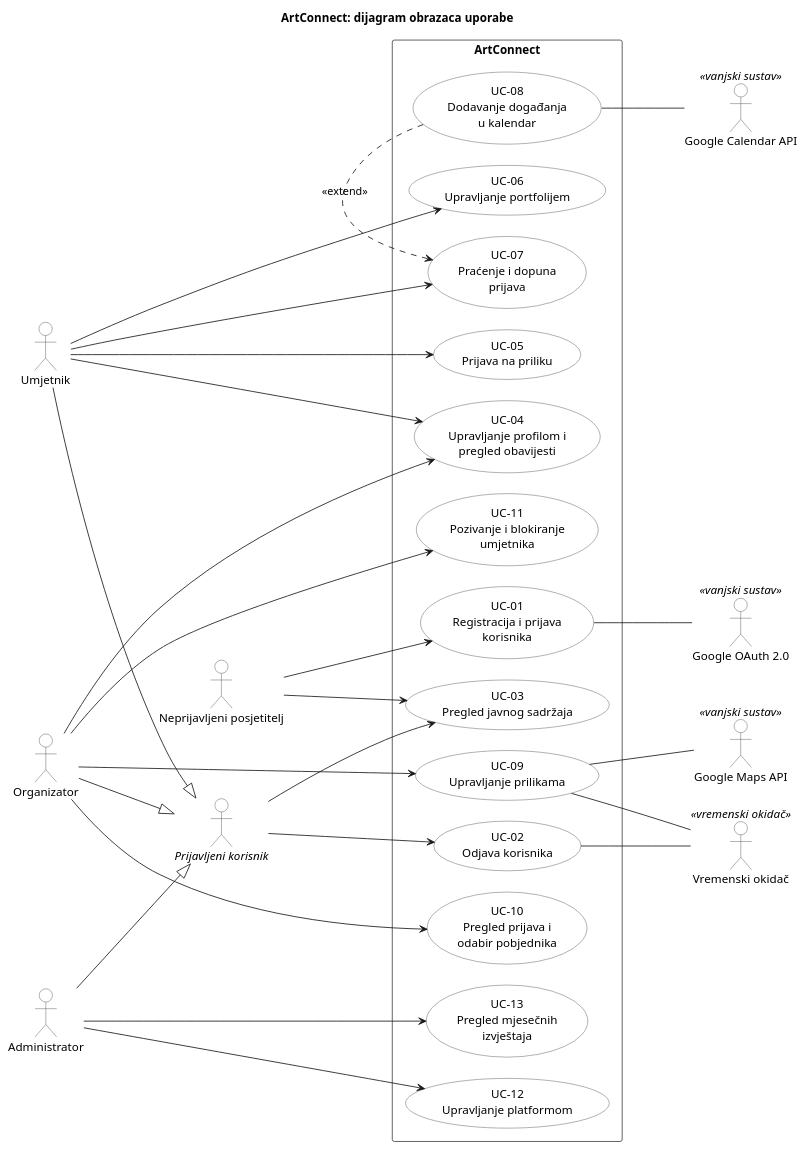
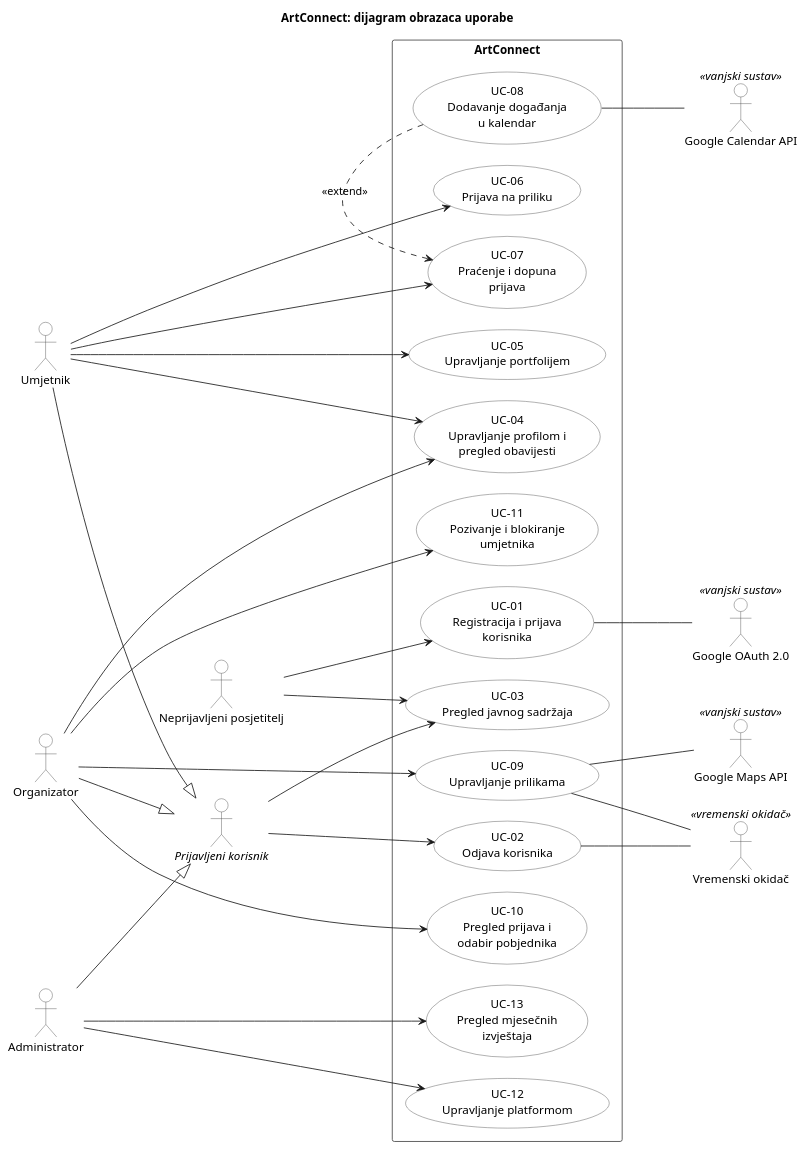
One commit to matkocrnoja/ArtConnect changed the diagram in docs/puml/3-1-artconnect-UC.puml. Above: the diagram before and after it, drawn with PlantUML. The commit also changed 2 other files, not shown here.

```diff
--- a/docs/puml/3-1-artconnect-UC.puml
+++ b/docs/puml/3-1-artconnect-UC.puml
@@ -1,87 +1,87 @@
 @startuml 3-1-artconnect-UC
 left to right direction
 skinparam shadowing false
 skinparam ranksep 90
 skinparam nodesep 25
 skinparam usecase {
   BackgroundColor #FFFFFF
   BorderColor #444444
 }
 skinparam actor {
   BackgroundColor #FFFFFF
   BorderColor #444444
 }
 skinparam rectangle {
   BackgroundColor #FFFFFF
   BorderColor #444444
 }
 title ArtConnect: dijagram obrazaca uporabe
 
 ' --- Primarni akteri ---
 actor "Neprijavljeni posjetitelj" as Posjetitelj
 actor "<i>Prijavljeni korisnik</i>" as Prijavljeni
 actor "Umjetnik" as Umjetnik
 actor "Organizator" as Organizator
 actor "Administrator" as Admin
 
 Umjetnik --|> Prijavljeni
 Organizator --|> Prijavljeni
 Admin --|> Prijavljeni
 
 ' --- Sustav ---
 rectangle "ArtConnect" {
   usecase "UC-01\nRegistracija i prijava\nkorisnika" as UC01
   usecase "UC-02\nOdjava korisnika" as UC02
   usecase "UC-03\nPregled javnog sadržaja" as UC03
   usecase "UC-04\nUpravljanje profilom i\npregled obavijesti" as UC04
-  usecase "UC-05\nPrijava na priliku" as UC05
-  usecase "UC-06\nUpravljanje portfolijem" as UC06
+  usecase "UC-05\nUpravljanje portfolijem" as UC05
+  usecase "UC-06\nPrijava na priliku" as UC06
   usecase "UC-07\nPraćenje i dopuna\nprijava" as UC07
   usecase "UC-08\nDodavanje događanja\nu kalendar" as UC08
   usecase "UC-09\nUpravljanje prilikama" as UC09
   usecase "UC-10\nPregled prijava i\nodabir pobjednika" as UC10
   usecase "UC-11\nPozivanje i blokiranje\numjetnika" as UC11
   usecase "UC-12\nUpravljanje platformom" as UC12
   usecase "UC-13\nPregled mjesečnih\nizvještaja" as UC13
 }
 
 ' --- Sekundarni akteri ---
 actor "Google OAuth 2.0" as OAuth <<vanjski sustav>>
 actor "Google Maps API" as Maps <<vanjski sustav>>
 actor "Google Calendar API" as Calendar <<vanjski sustav>>
 actor "Vremenski okidač" as Timer <<vremenski okidač>>
 
 ' --- Neprijavljeni posjetitelj ---
 Posjetitelj --> UC01
 Posjetitelj --> UC03
 
 ' --- Prijavljeni korisnik (zajedničko za sve tri uloge) ---
 Prijavljeni --> UC02
 Prijavljeni --> UC03
 
 ' --- Umjetnik ---
 Umjetnik --> UC04
 Umjetnik --> UC06
 Umjetnik --> UC05
 Umjetnik --> UC07
 
 ' --- Organizator ---
 Organizator --> UC04
 Organizator --> UC09
 Organizator --> UC10
 Organizator --> UC11
 
 ' --- Administrator ---
 Admin --> UC12
 Admin --> UC13
 
 ' --- Sekundarni akteri ---
 UC01 -- OAuth
 UC09 -- Maps
 UC09 -- Timer
 UC02 -- Timer
 UC08 -- Calendar
 
 ' --- Odnosi među obrascima uporabe ---
 UC08 .> UC07 : <<extend>>
 @enduml
```
